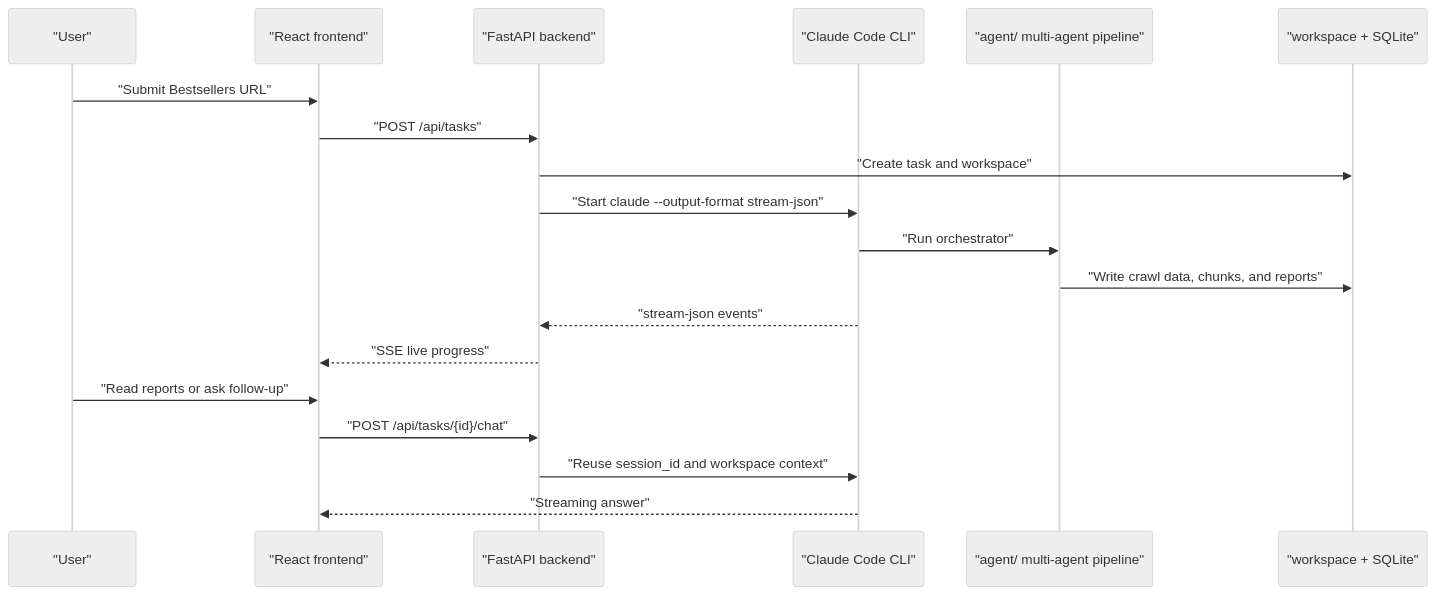
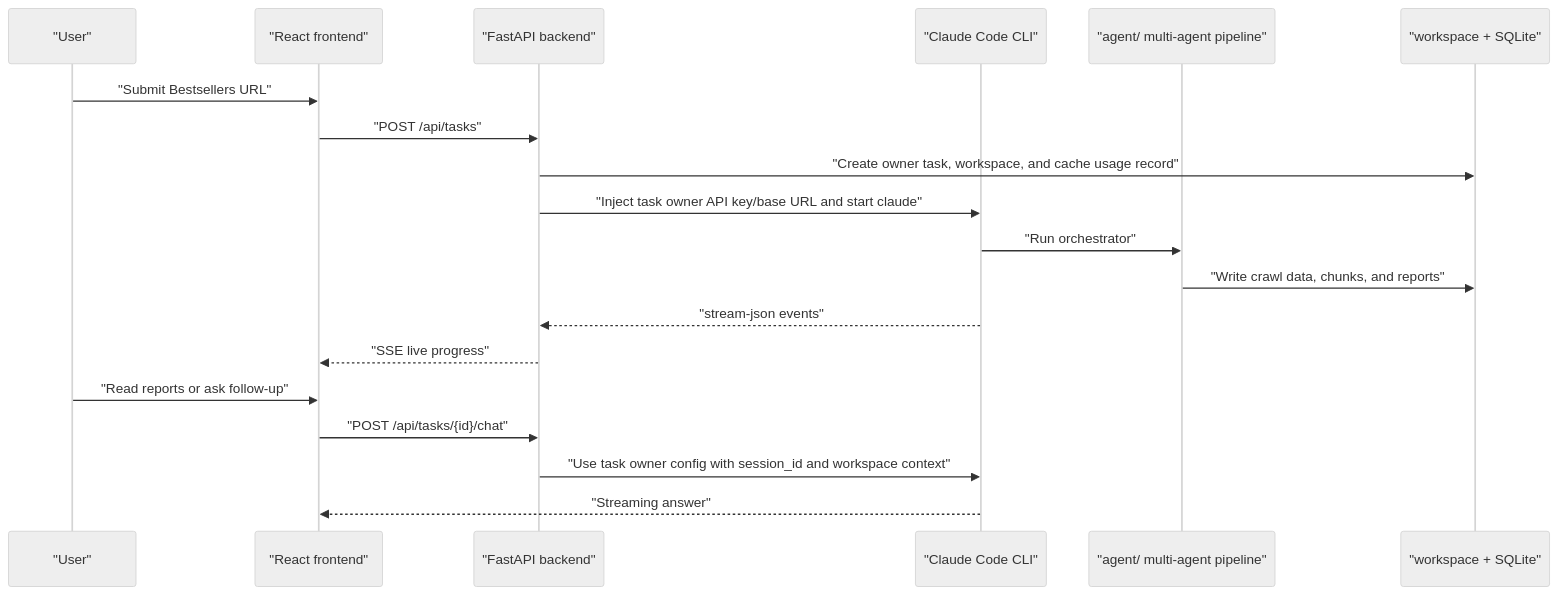
The diagram in README_en.md (mengsi16/amazon-bestsellers-app), drawn with Mermaid (neutral theme) before and after one commit. The commit also changed other lines of this file and 7 other files, not shown here.

Commit message:
Isolate user model configs and cache usage

````diff
--- a/README_en.md
+++ b/README_en.md
@@ -93,22 +94,22 @@
 ```mermaid
 sequenceDiagram
     participant U as "User"
     participant F as "React frontend"
     participant B as "FastAPI backend"
     participant C as "Claude Code CLI"
     participant A as "agent/ multi-agent pipeline"
     participant W as "workspace + SQLite"
 
     U->>F: "Submit Bestsellers URL"
     F->>B: "POST /api/tasks"
-    B->>W: "Create task and workspace"
-    B->>C: "Start claude --output-format stream-json"
+    B->>W: "Create owner task, workspace, and cache usage record"
+    B->>C: "Inject task owner API key/base URL and start claude"
     C->>A: "Run orchestrator"
     A->>W: "Write crawl data, chunks, and reports"
     C-->>B: "stream-json events"
     B-->>F: "SSE live progress"
     U->>F: "Read reports or ask follow-up"
     F->>B: "POST /api/tasks/{id}/chat"
-    B->>C: "Reuse session_id and workspace context"
+    B->>C: "Use task owner config with session_id and workspace context"
     C-->>F: "Streaming answer"
 ```
````
